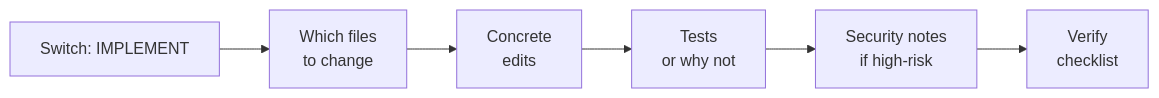
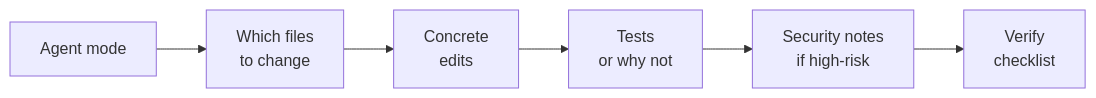
One commit to rwyatt2/AI-Productivity changed the diagram in site/docs/daily-workflow/implement.md. Above: the diagram before and after it, drawn with Mermaid. The commit also changed other lines of this file and 8 other files, not shown here.

````diff
--- a/site/docs/daily-workflow/implement.md
+++ b/site/docs/daily-workflow/implement.md
@@ -44,8 +44,8 @@
 ```mermaid
 flowchart LR
-  switchCmd["Switch: IMPLEMENT"] --> filesStep["Which files\nto change"]
+  agentMode["Agent mode"] --> filesStep["Which files\nto change"]
   filesStep --> editsStep["Concrete\nedits"]
   editsStep --> testsStep["Tests\nor why not"]
   testsStep --> secStep["Security notes\nif high-risk"]
   secStep --> checkStep["Verify\nchecklist"]
 ```
````
